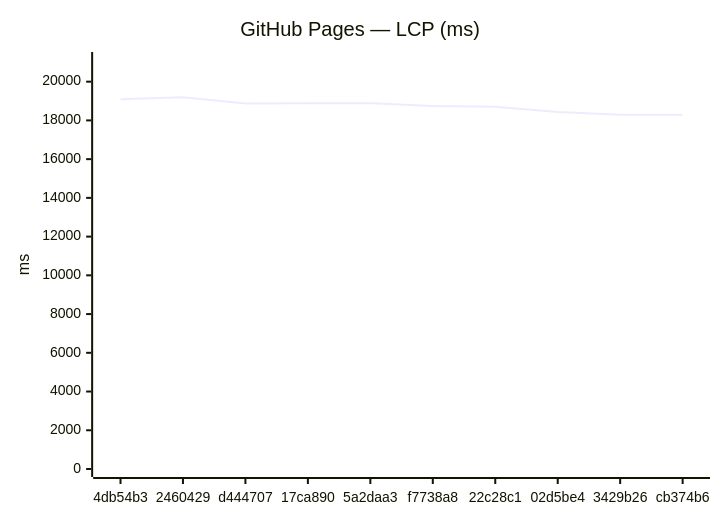
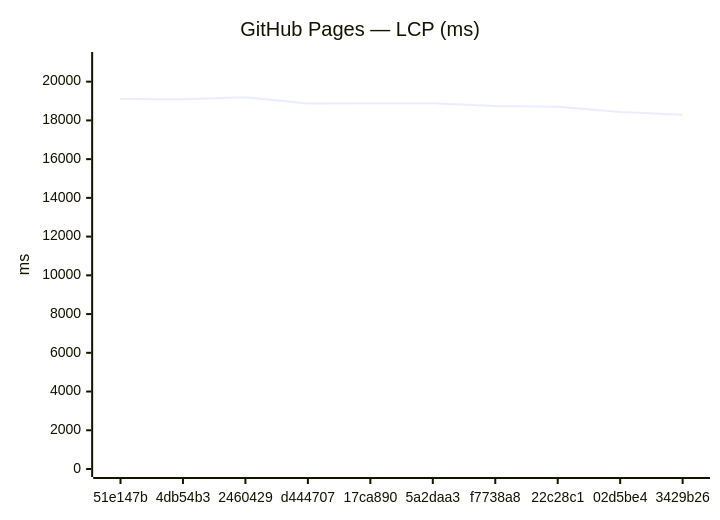
Before and after one commit to Metaheurist/Rianell: the third of 18 diagrams in benchmarks/compare.md, drawn with Mermaid. The commit also changed other lines of this file and 11 other files, not shown here.

````diff
--- a/benchmarks/compare.md
+++ b/benchmarks/compare.md
@@ -54,7 +54,7 @@
 ```mermaid
 xychart-beta
     title "GitHub Pages — LCP (ms)"
-    x-axis ["4db54b3", "2460429", "d444707", "17ca890", "5a2daa3", "f7738a8", "22c28c1", "02d5be4", "3429b26", "cb374b6"]
+    x-axis ["51e147b", "4db54b3", "2460429", "d444707", "17ca890", "5a2daa3", "f7738a8", "22c28c1", "02d5be4", "3429b26"]
     y-axis "ms" 0 --> 21119
-    line [19086, 19199, 18871, 18888, 18892, 18741, 18704, 18438, 18287, 18290]
+    line [19101, 19086, 19199, 18871, 18888, 18892, 18741, 18704, 18438, 18287]
 ```
````
